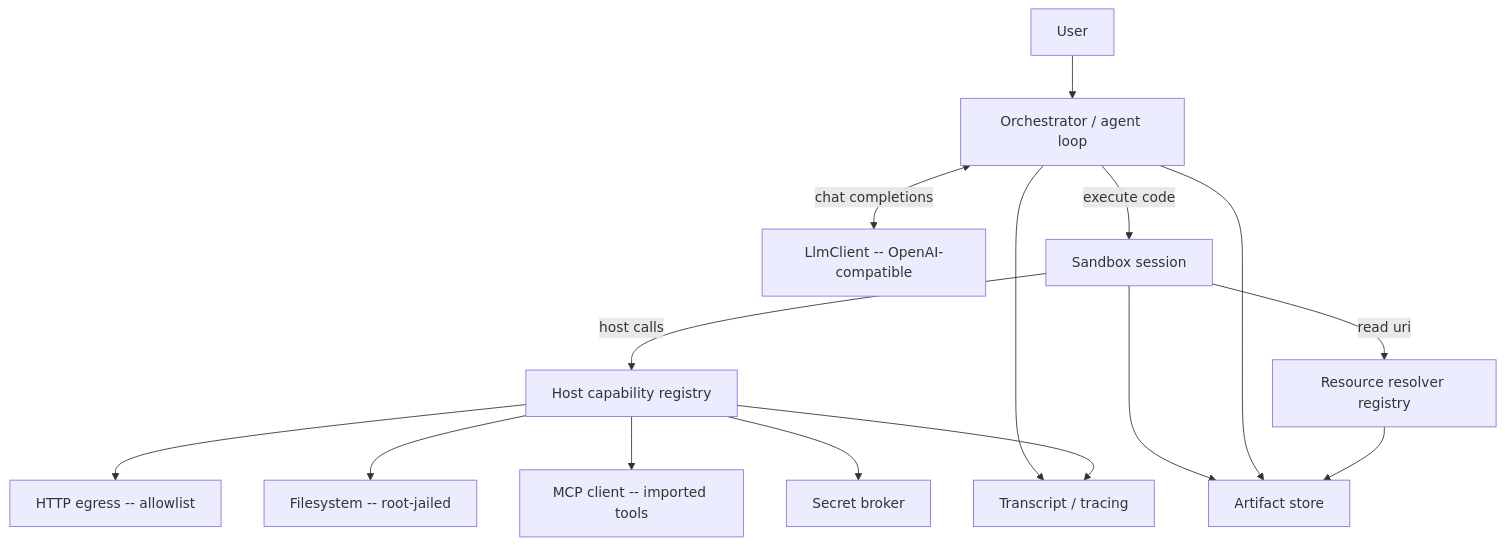
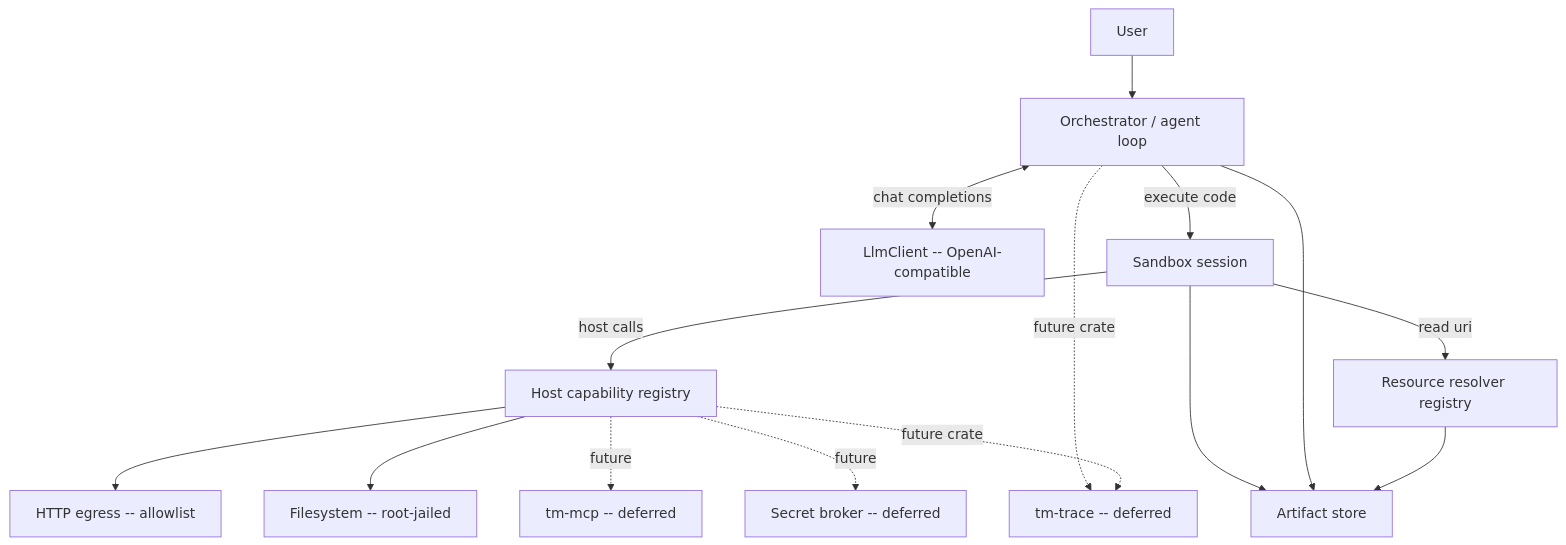
Before and after one commit to mozufu/TempestMiku: the diagram in docs/design/core/04-architecture.md, drawn with Mermaid. The commit also changed other lines of this file and 15 other files, not shown here.

````diff
--- a/docs/design/core/04-architecture.md
+++ b/docs/design/core/04-architecture.md
@@ -3,17 +3,17 @@
 ```mermaid
 flowchart TD
     U[User] --> O[Orchestrator / agent loop]
     O <-->|chat completions| L[LlmClient -- OpenAI-compatible]
     O -->|execute code| S[Sandbox session]
     S -->|host calls| H[Host capability registry]
     H --> NET[HTTP egress -- allowlist]
     H --> FSY[Filesystem -- root-jailed]
-    H --> MCP[MCP client -- imported tools]
-    H --> SEC[Secret broker]
+    H -.future.-> MCP[tm-mcp -- deferred]
+    H -.future.-> SEC[Secret broker -- deferred]
     S --> ART[Artifact store]
     O --> ART
     S -->|read uri| RR[Resource resolver registry]
     RR --> ART
-    O --> TR[Transcript / tracing]
-    H --> TR
+    O -.future crate.-> TR[tm-trace -- deferred]
+    H -.future crate.-> TR
 ```
````
